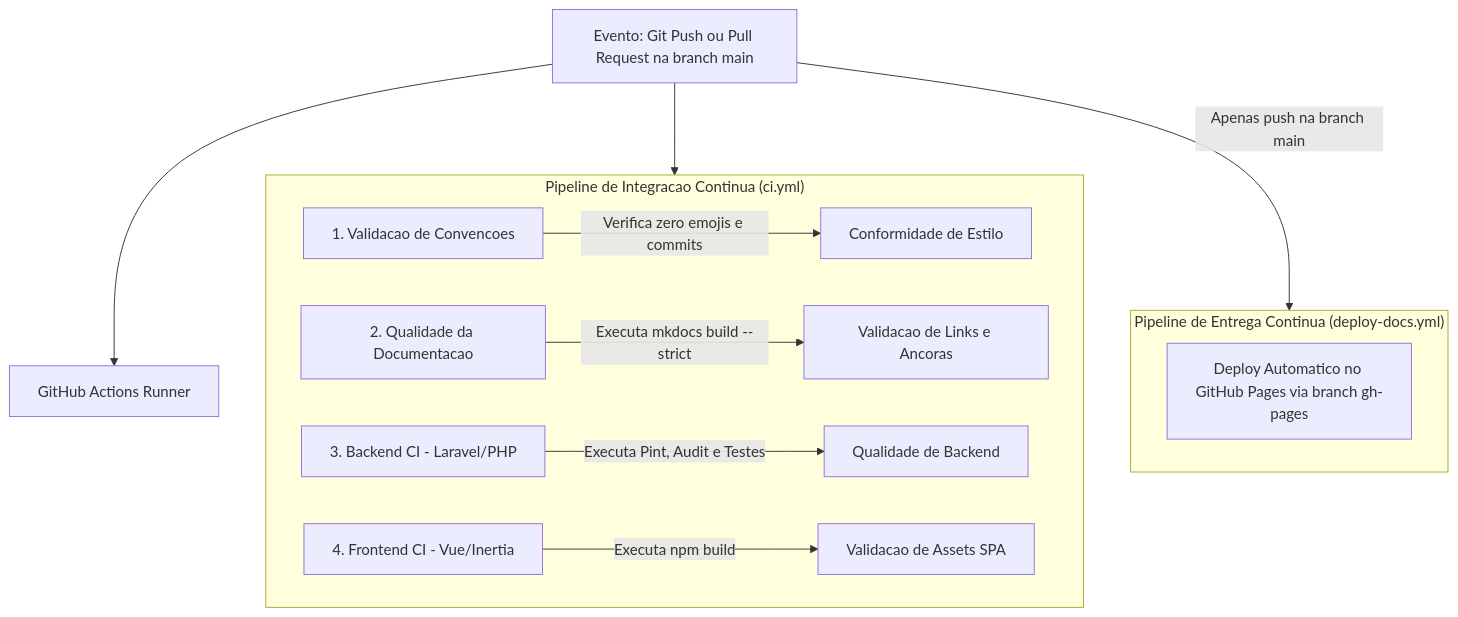
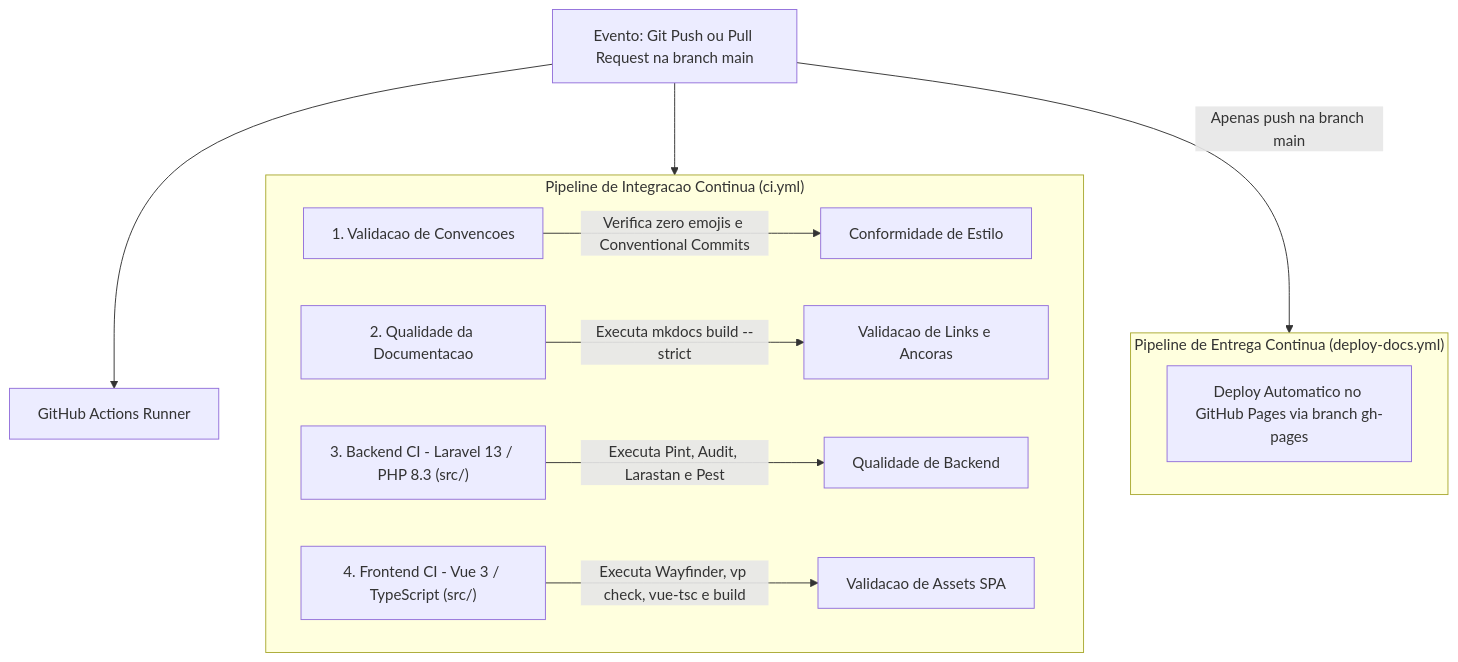
The diagram in docs/arquitetura/ci-cd.md (lucasssmira/monitoramento_precos), drawn with Mermaid before and after one commit. The commit also changed other lines of this file and 6 other files, not shown here.

````diff
--- a/docs/arquitetura/ci-cd.md
+++ b/docs/arquitetura/ci-cd.md
@@ -9,23 +9,23 @@
 ```mermaid
 graph TD
-    Trigger[Evento: Git Push ou Pull Request na branch main] --> Runner[GitHub Actions Runner]
+    Trigger["Evento: Git Push ou Pull Request na branch main"] --> Runner["GitHub Actions Runner"]
 
     subgraph CI["Pipeline de Integracao Continua (ci.yml)"]
-        Job1[1. Validacao de Convencoes]
-        Job2[2. Qualidade da Documentacao]
-        Job3[3. Backend CI - Laravel/PHP]
-        Job4[4. Frontend CI - Vue/Inertia]
+        Job1["1. Validacao de Convencoes"]
+        Job2["2. Qualidade da Documentacao"]
+        Job3["3. Backend CI - Laravel 13 / PHP 8.3 (src/)"]
+        Job4["4. Frontend CI - Vue 3 / TypeScript (src/)"]
 
-        Job1 -->|Verifica zero emojis e commits| Check1[Conformidade de Estilo]
-        Job2 -->|Executa mkdocs build --strict| Check2[Validacao de Links e Ancoras]
-        Job3 -->|Executa Pint, Audit e Testes| Check3[Qualidade de Backend]
-        Job4 -->|Executa npm build| Check4[Validacao de Assets SPA]
+        Job1 -->|Verifica zero emojis e Conventional Commits| Check1["Conformidade de Estilo"]
+        Job2 -->|Executa mkdocs build --strict| Check2["Validacao de Links e Ancoras"]
+        Job3 -->|Executa Pint, Audit, Larastan e Pest| Check3["Qualidade de Backend"]
+        Job4 -->|Executa Wayfinder, vp check, vue-tsc e build| Check4["Validacao de Assets SPA"]
     end
 
     subgraph CD["Pipeline de Entrega Continua (deploy-docs.yml)"]
-        DeployPages[Deploy Automatico no GitHub Pages via branch gh-pages]
+        DeployPages["Deploy Automatico no GitHub Pages via branch gh-pages"]
     end
 
     Trigger --> CI
     Trigger -->|Apenas push na branch main| CD
 ```
````
